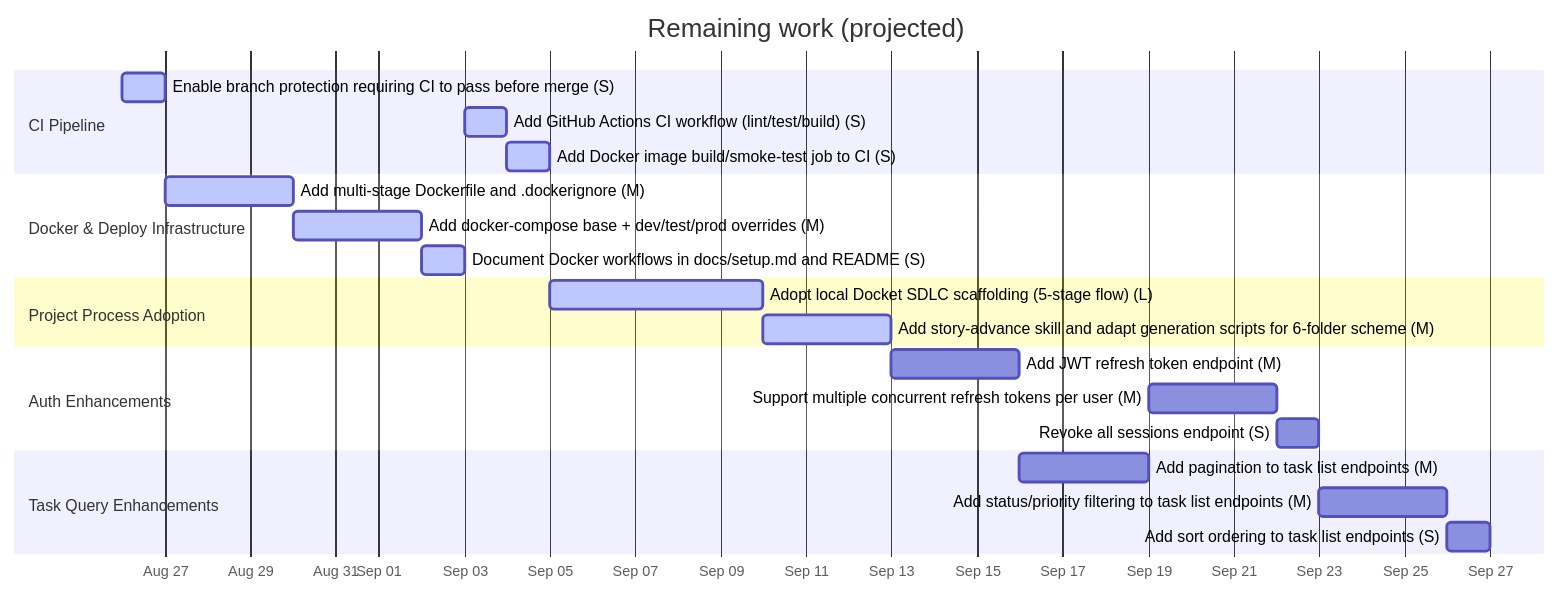
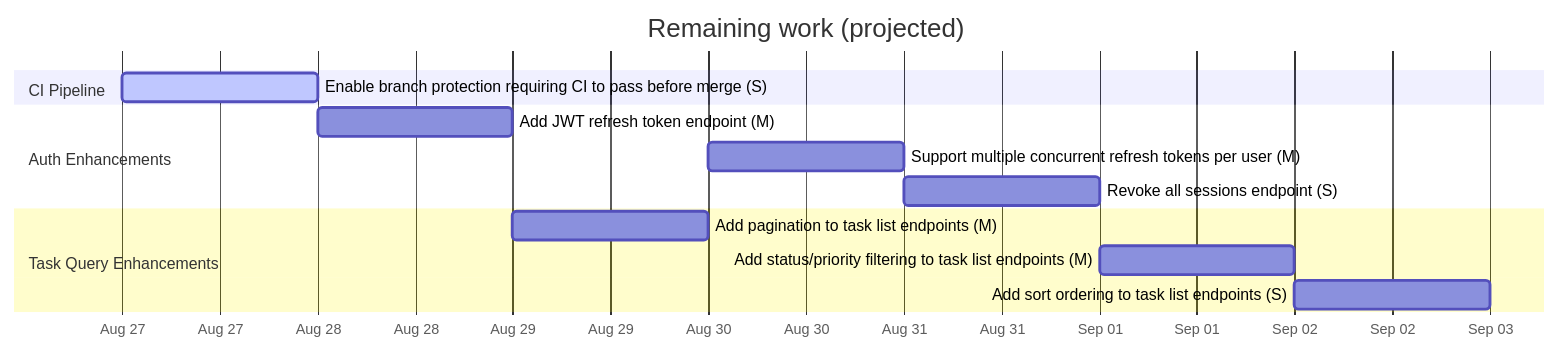
The first of 2 diagrams in docs/project/ROADMAP.md (compadrejunior/postman-demo), drawn with Mermaid before and after one commit. The commit also changed other lines of this file and 12 other files, not shown here.

First line of the commit message:
Close out the Docker/CI/process stories after a verified prod deploy

````diff
--- a/docs/project/ROADMAP.md
+++ b/docs/project/ROADMAP.md
@@ -16,25 +17,16 @@
 ```mermaid
 gantt
     dateFormat YYYY-MM-DD
     axisFormat %b %d
     title Remaining work (projected)
     section CI Pipeline
-    Enable branch protection requiring CI to pass before merge (S) :active, 2026-08-26, 2026-08-27
-    Add GitHub Actions CI workflow (lint/test/build) (S) :active, 2026-09-03, 2026-09-04
-    Add Docker image build/smoke-test job to CI (S) :active, 2026-09-04, 2026-09-05
-    section Docker & Deploy Infrastructure
-    Add multi-stage Dockerfile and .dockerignore (M) :active, 2026-08-27, 2026-08-30
-    Add docker-compose base + dev/test/prod overrides (M) :active, 2026-08-30, 2026-09-02
-    Document Docker workflows in docs/setup.md and README (S) :active, 2026-09-02, 2026-09-03
-    section Project Process Adoption
-    Adopt local Docket SDLC scaffolding (5-stage flow) (L) :active, 2026-09-05, 2026-09-10
-    Add story-advance skill and adapt generation scripts for 6-folder scheme (M) :active, 2026-09-10, 2026-09-13
+    Enable branch protection requiring CI to pass before merge (S) :active, 2026-08-27, 2026-08-28
     section Auth Enhancements
-    Add JWT refresh token endpoint (M) :2026-09-13, 2026-09-16
-    Support multiple concurrent refresh tokens per user (M) :2026-09-19, 2026-09-22
-    Revoke all sessions endpoint (S) :2026-09-22, 2026-09-23
+    Add JWT refresh token endpoint (M) :2026-08-28, 2026-08-29
+    Support multiple concurrent refresh tokens per user (M) :2026-08-30, 2026-08-31
+    Revoke all sessions endpoint (S) :2026-08-31, 2026-09-01
     section Task Query Enhancements
-    Add pagination to task list endpoints (M) :2026-09-16, 2026-09-19
-    Add status/priority filtering to task list endpoints (M) :2026-09-23, 2026-09-26
-    Add sort ordering to task list endpoints (S) :2026-09-26, 2026-09-27
+    Add pagination to task list endpoints (M) :2026-08-29, 2026-08-30
+    Add status/priority filtering to task list endpoints (M) :2026-09-01, 2026-09-02
+    Add sort ordering to task list endpoints (S) :2026-09-02, 2026-09-03
 ```
````
